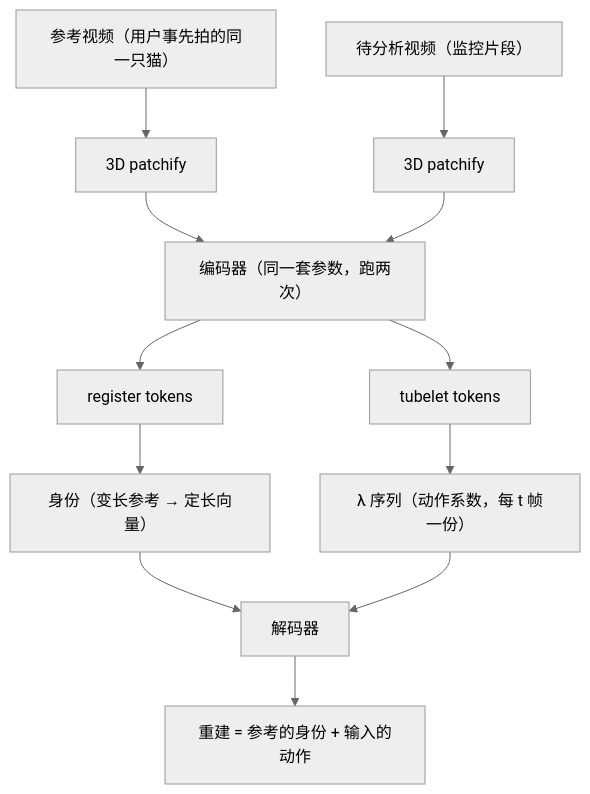
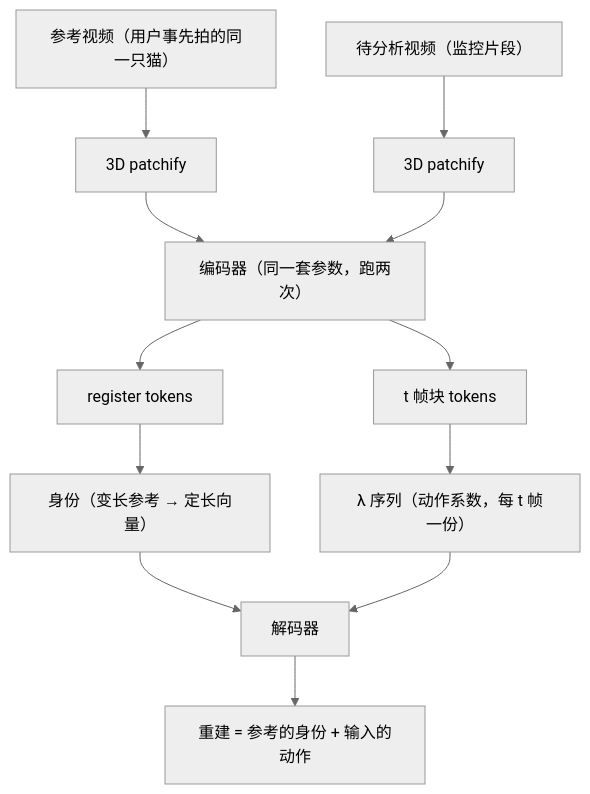
The second of 3 diagrams in management/docs/identity-tokenizer.md (gongshangzheng/pet-action-recognition), drawn with Mermaid (neutral theme) before and after one commit. The commit also changed other lines of this file and 2 other files, not shown here.

Commit message:
docs: 术语清理——清除「tubelet」行话，统一为「t 帧块 / 每 t 帧一份特征」（t 只是 3D patchify 的时间跨度参数）；8 号保留一处文献对照

````diff
--- a/management/docs/identity-tokenizer.md
+++ b/management/docs/identity-tokenizer.md
@@ -422,14 +422,14 @@
 ```mermaid
 flowchart TB
     REF["参考视频（用户事先拍的同一只猫）"] --> P1["3D patchify"]
     IN["待分析视频（监控片段）"] --> P2["3D patchify"]
     P1 --> ENC["编码器（同一套参数，跑两次）"]
     P2 --> ENC
     ENC --> REG["register tokens"]
-    ENC --> TUB["tubelet tokens"]
+    ENC --> TUB["t 帧块 tokens"]
     REG --> ID["身份（变长参考 → 定长向量）"]
     TUB --> LAM["λ 序列（动作系数，每 t 帧一份）"]
     ID --> DEC["解码器"]
     LAM --> DEC
     DEC --> REC["重建 = 参考的身份 + 输入的动作"]
 ```
````
